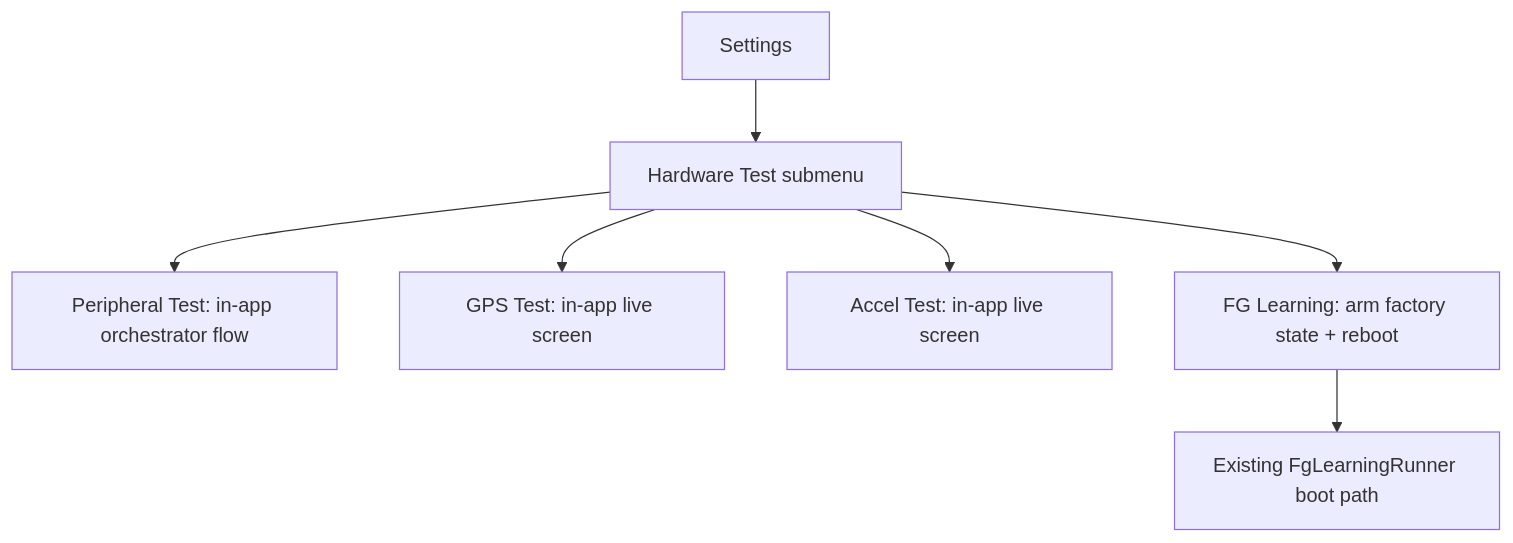
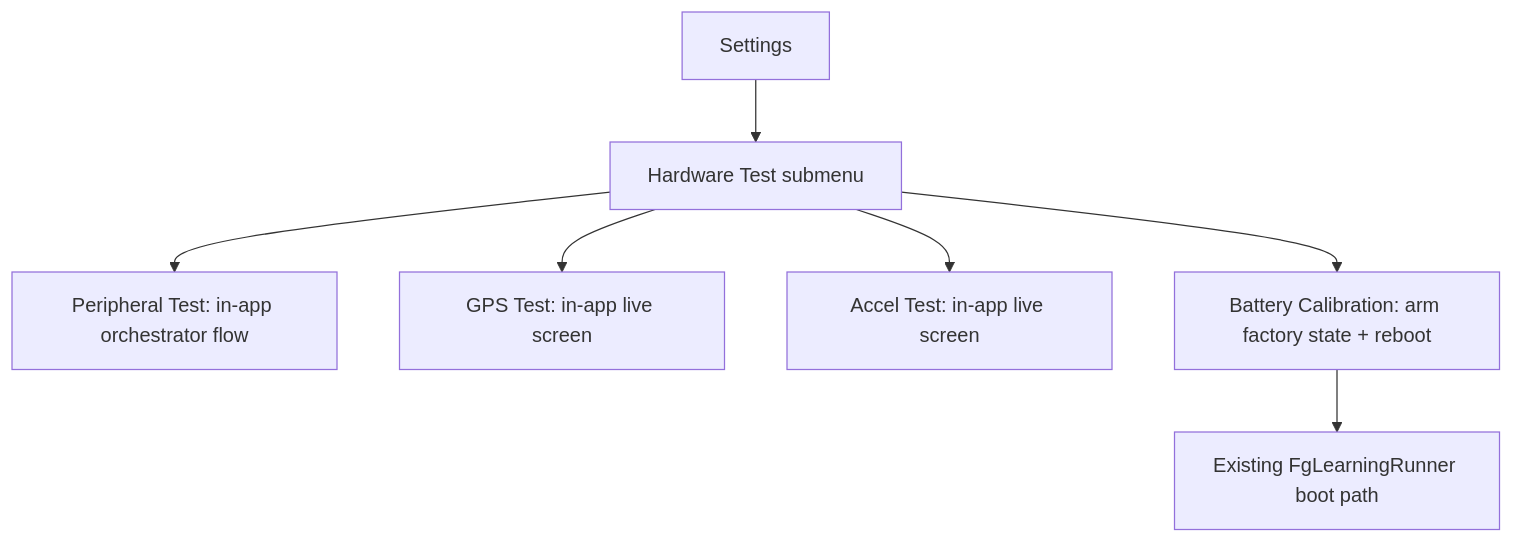
One commit to Matrikss/firmware-core changed the first of 2 diagrams in products/go/specs/hardware_test.md. Above: the diagram before and after it, drawn with Mermaid. The commit also changed other lines of this file and 9 other files, not shown here.

Commit message:
fix(go): rename FG learning to Battery Calibration

````diff
--- a/products/go/specs/hardware_test.md
+++ b/products/go/specs/hardware_test.md
@@ -110,9 +110,9 @@
 ```mermaid
 flowchart TD
     Settings --> HT[Hardware Test submenu]
     HT --> PT[Peripheral Test: in-app orchestrator flow]
     HT --> GT[GPS Test: in-app live screen]
     HT --> AT[Accel Test: in-app live screen]
-    HT --> FG[FG Learning: arm factory state + reboot]
+    HT --> FG[Battery Calibration: arm factory state + reboot]
     FG --> Runner[Existing FgLearningRunner boot path]
 ```
````
